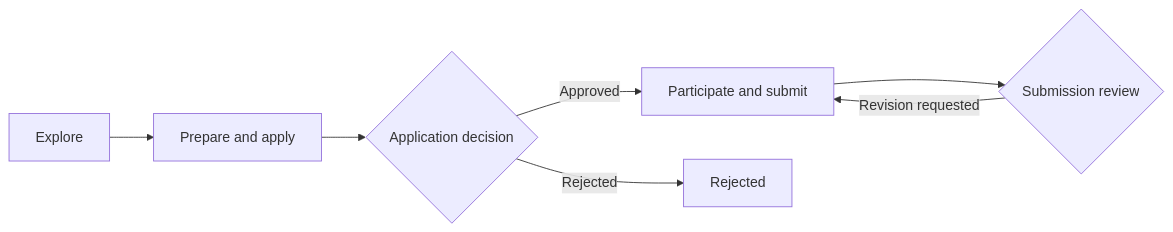
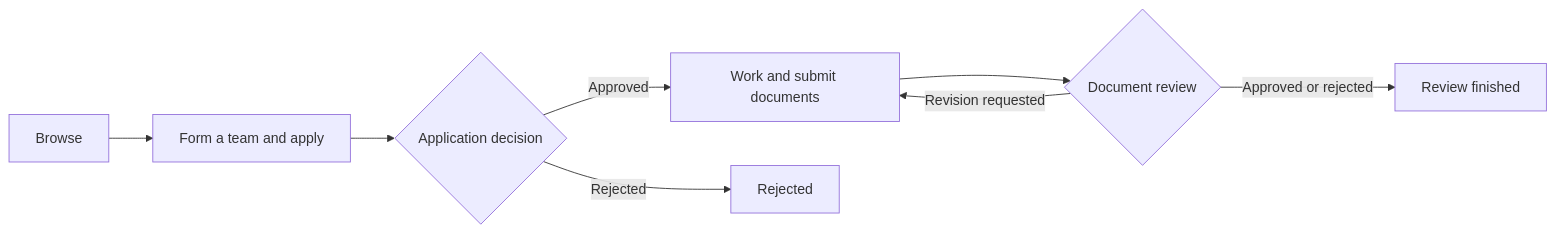
Before and after one commit to JNU-SWCU/oss-hub: the first of 2 diagrams in README.en.md, drawn with Mermaid. The commit also changed other lines of this file and 8 other files, not shown here.

````diff
--- a/README.en.md
+++ b/README.en.md
@@ -90,9 +83,10 @@
 ```mermaid
 flowchart LR
-  Explore[Explore] --> Apply[Prepare and apply]
+  Explore[Browse] --> Apply[Form a team and apply]
   Apply --> Decision{Application decision}
-  Decision -->|Approved| Submit[Participate and submit]
+  Decision -->|Approved| Work[Work and submit documents]
   Decision -->|Rejected| Rejected[Rejected]
-  Submit --> Review{Submission review}
-  Review -->|Revision requested| Submit
+  Work --> Review{Document review}
+  Review -->|Revision requested| Work
+  Review -->|Approved or rejected| Done[Review finished]
 ```
````
